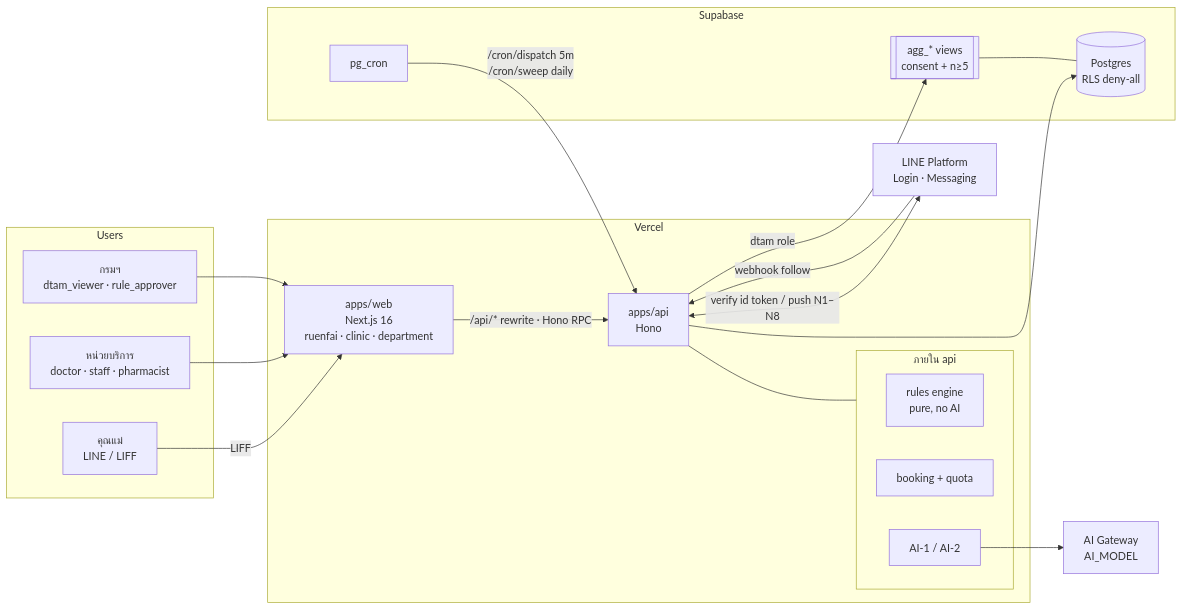
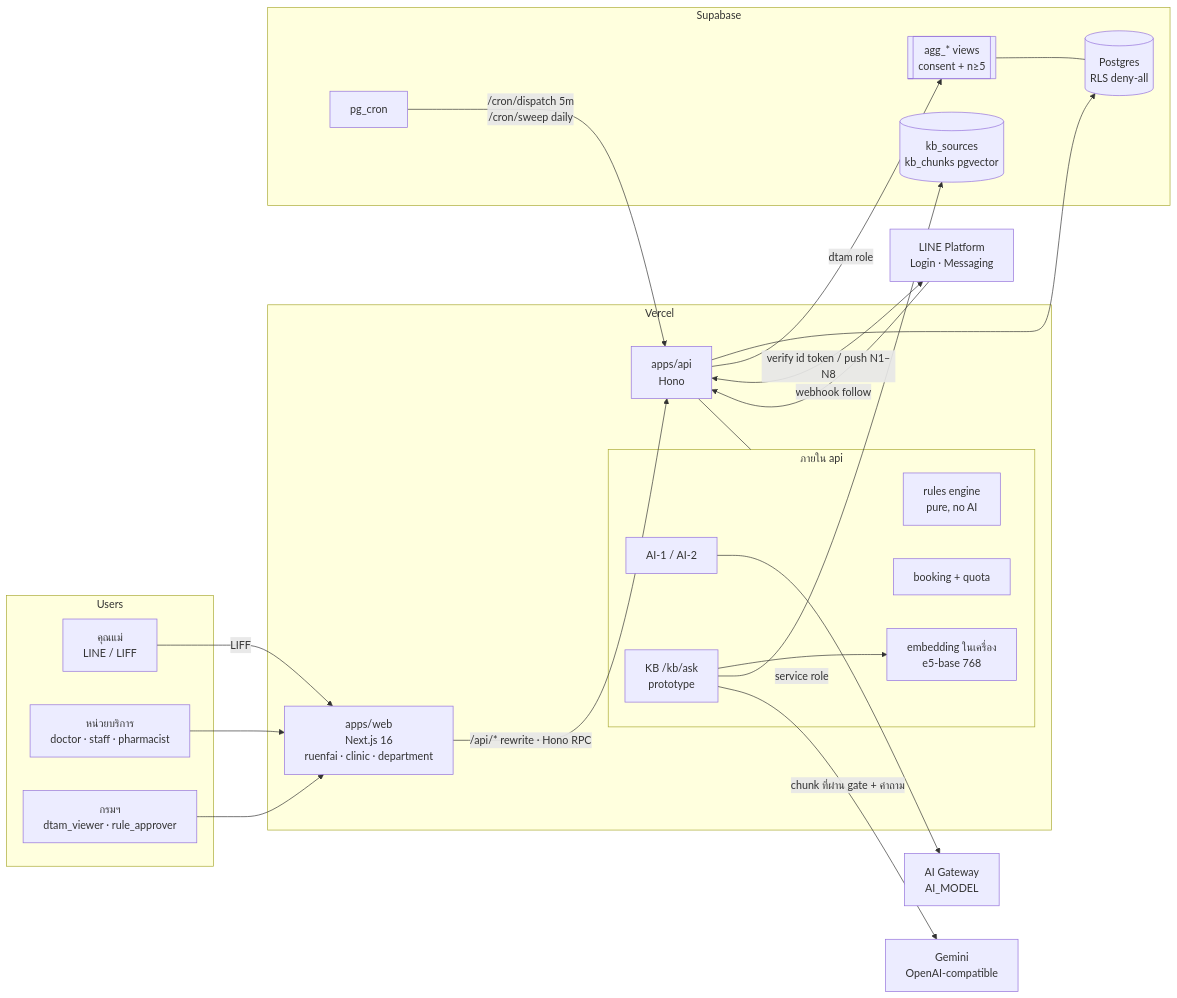
One commit to AYNO-I-KNOW/reuanfai changed the diagram in docs/ARCHITECTURE.md. Above: the diagram before and after it, drawn with Mermaid. The commit also changed other lines of this file and 4 other files, not shown here.

Commit message:
docs: document KB RAG (architecture, ai/api specs, Q28, ADR-0017 update)

````diff
--- a/docs/ARCHITECTURE.md
+++ b/docs/ARCHITECTURE.md
@@ -7,40 +7,47 @@
 ```mermaid
 flowchart LR
   subgraph Users
     M[คุณแม่<br/>LINE / LIFF]
     P[หน่วยบริการ<br/>doctor · staff · pharmacist]
     D[กรมฯ<br/>dtam_viewer · rule_approver]
   end
 
   subgraph Vercel
     W[apps/web<br/>Next.js 16<br/>ruenfai · clinic · department]
     A[apps/api<br/>Hono]
     subgraph A_int[ภายใน api]
       RE[rules engine<br/>pure, no AI]
       BK[booking + quota]
       AI[AI-1 / AI-2]
+      KB[KB /kb/ask<br/>prototype]
+      EMB[embedding ในเครื่อง<br/>e5-base 768]
     end
   end
 
   subgraph Supabase
     DB[(Postgres<br/>RLS deny-all)]
     AG[[agg_* views<br/>consent + n≥5]]
     CR[pg_cron]
+    KBT[(kb_sources<br/>kb_chunks pgvector)]
   end
 
   LINE[LINE Platform<br/>Login · Messaging]
   GW[AI Gateway<br/>AI_MODEL]
+  GM[Gemini<br/>OpenAI-compatible]
 
   M -- LIFF --> W
   P --> W
   D --> W
   W -- "/api/* rewrite · Hono RPC" --> A
   A --> DB
   A -- dtam role --> AG
   AG --- DB
   A <-- verify id token / push N1–N8 --> LINE
   LINE -- webhook follow --> A
   CR -- /cron/dispatch 5m<br/>/cron/sweep daily --> A
   AI --> GW
+  KB --> EMB
+  KB -- service role --> KBT
+  KB -- chunk ที่ผ่าน gate + คำถาม --> GM
   A --- A_int
 ```
````
